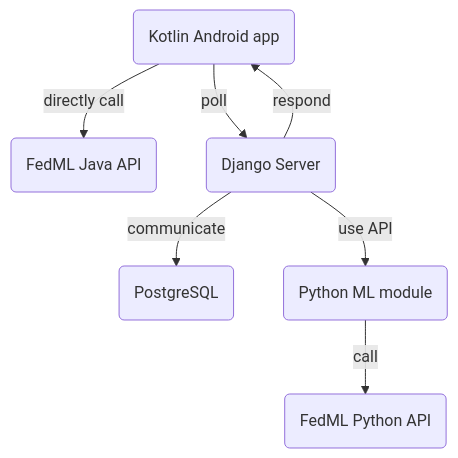
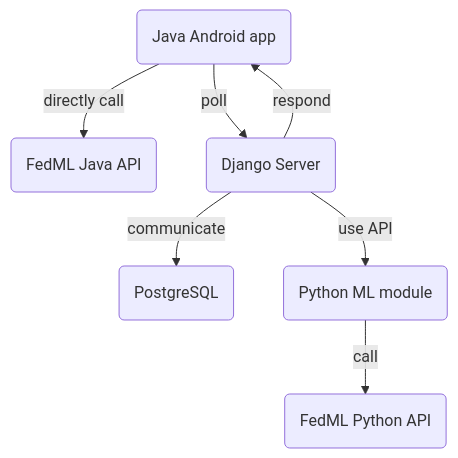
Before and after one commit to FedCampus/FedCampus-FLplatform: the diagram in fedml-platform/readme/android-platform/subwork_sichang.md, drawn with Mermaid. The commit also changed other lines of this file, not shown here.

Commit message:
nuke kotlin out

````diff
--- a/fedml-platform/readme/android-platform/subwork_sichang.md
+++ b/fedml-platform/readme/android-platform/subwork_sichang.md
@@ -44,9 +49,9 @@
 ```mermaid
 graph TD;
-    K(Kotlin Android app)-->|directly call|J(FedML Java API);
+    K(Java Android app)-->|directly call|J(FedML Java API);
     K-->|poll|S(Django Server)
     S-->|respond|K
     S-->|communicate|D(PostgreSQL)
     S-->|use API|M(Python ML module)
     M-->|call|P(FedML Python API)
 ```
````
